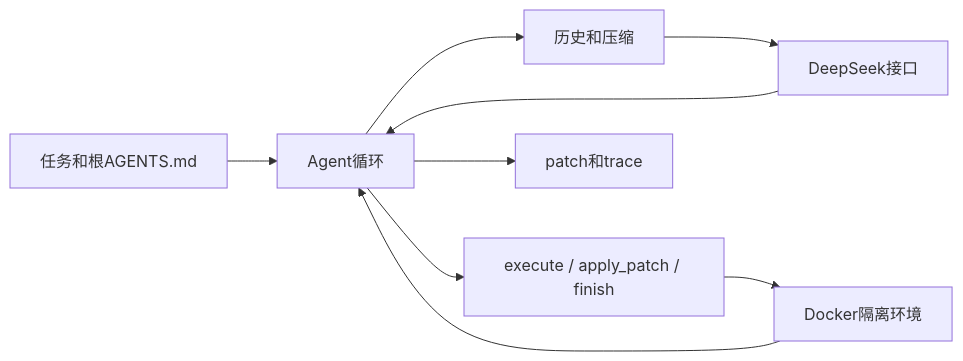
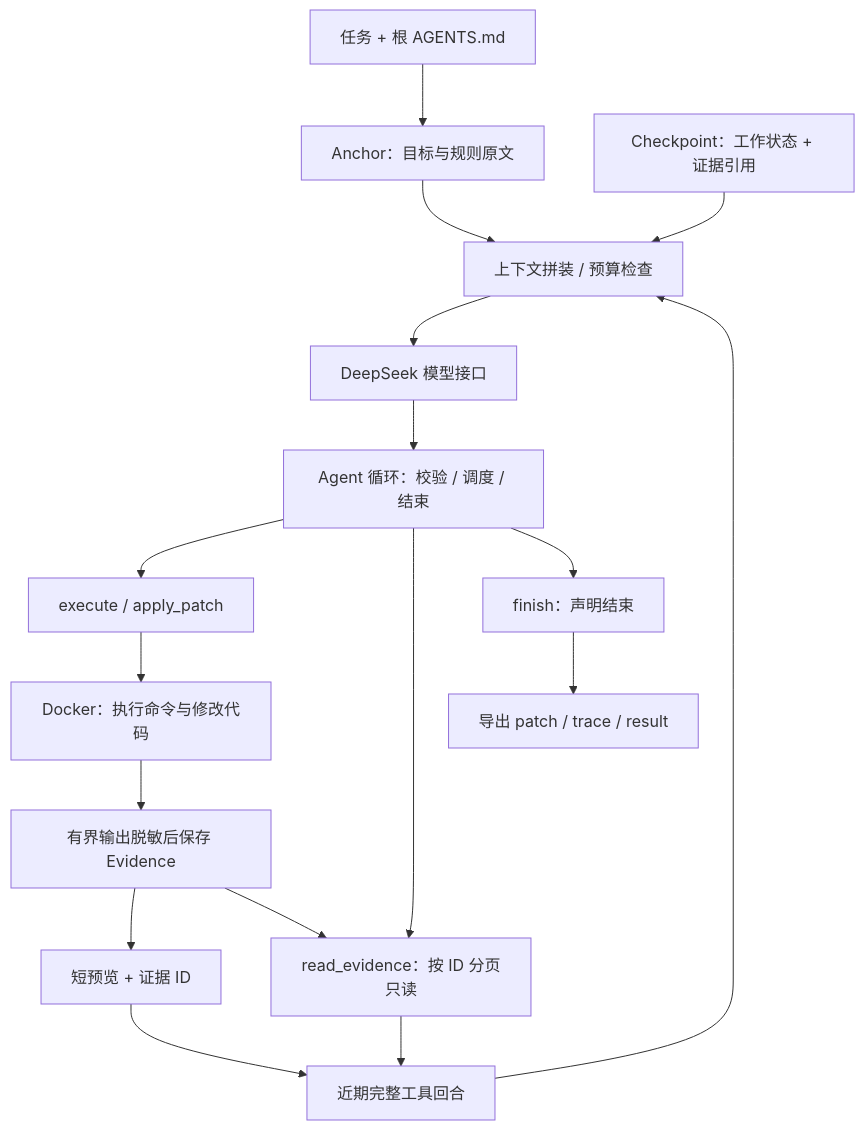
The diagram in docs/architecture.md (piaoyun2022/coding-harness), drawn with Mermaid before and after one commit. The commit also changed other lines of this file and 30 other files, not shown here.

Commit message:
Add evidence-backed context checkpoints and bounded output capture

````diff
--- a/docs/architecture.md
+++ b/docs/architecture.md
@@ -5,11 +5,19 @@
 ```mermaid
-flowchart LR
-  Task[任务和根AGENTS.md] --> Loop[Agent循环]
-  Loop --> Context[历史和压缩]
-  Context --> Provider[DeepSeek接口]
-  Provider --> Loop
-  Loop --> Tools[execute / apply_patch / finish]
-  Tools --> Env[Docker隔离环境]
-  Env --> Loop
-  Loop --> Output[patch和trace]
+flowchart TD
+  Input[任务 + 根 AGENTS.md] --> Anchor[Anchor：目标与规则原文]
+  Anchor --> Context[上下文拼装 / 预算检查]
+  Checkpoint[Checkpoint：工作状态 + 证据引用] --> Context
+  Tail[近期完整工具回合] --> Context
+  Context --> Model[DeepSeek 模型接口]
+  Model --> Loop[Agent 循环：校验 / 调度 / 结束]
+  Loop --> Execute[execute / apply_patch]
+  Execute --> Env[Docker：执行命令与修改代码]
+  Env --> Evidence[有界输出脱敏后保存 Evidence]
+  Evidence --> Preview[短预览 + 证据 ID]
+  Preview --> Tail
+  Loop --> Read[read_evidence：按 ID 分页只读]
+  Evidence --> Read
+  Read --> Tail
+  Loop --> Finish[finish：声明结束]
+  Finish --> Output[导出 patch / trace / result]
 ```
````
